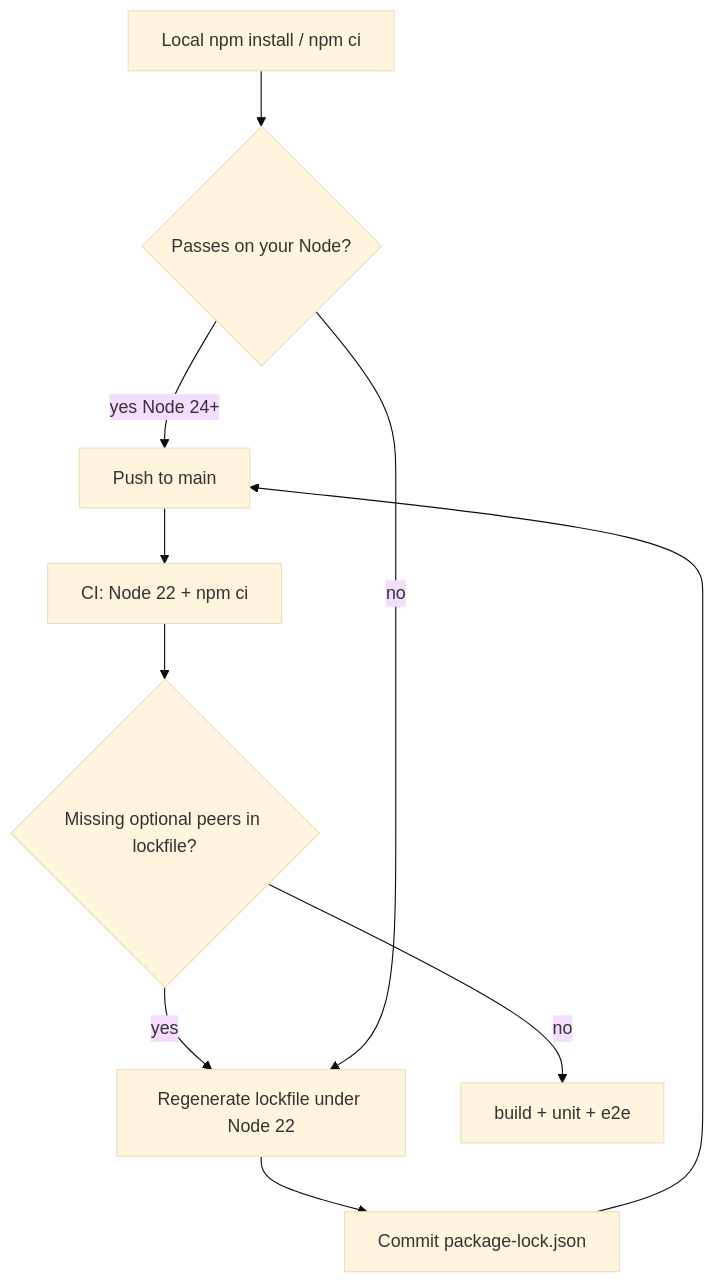
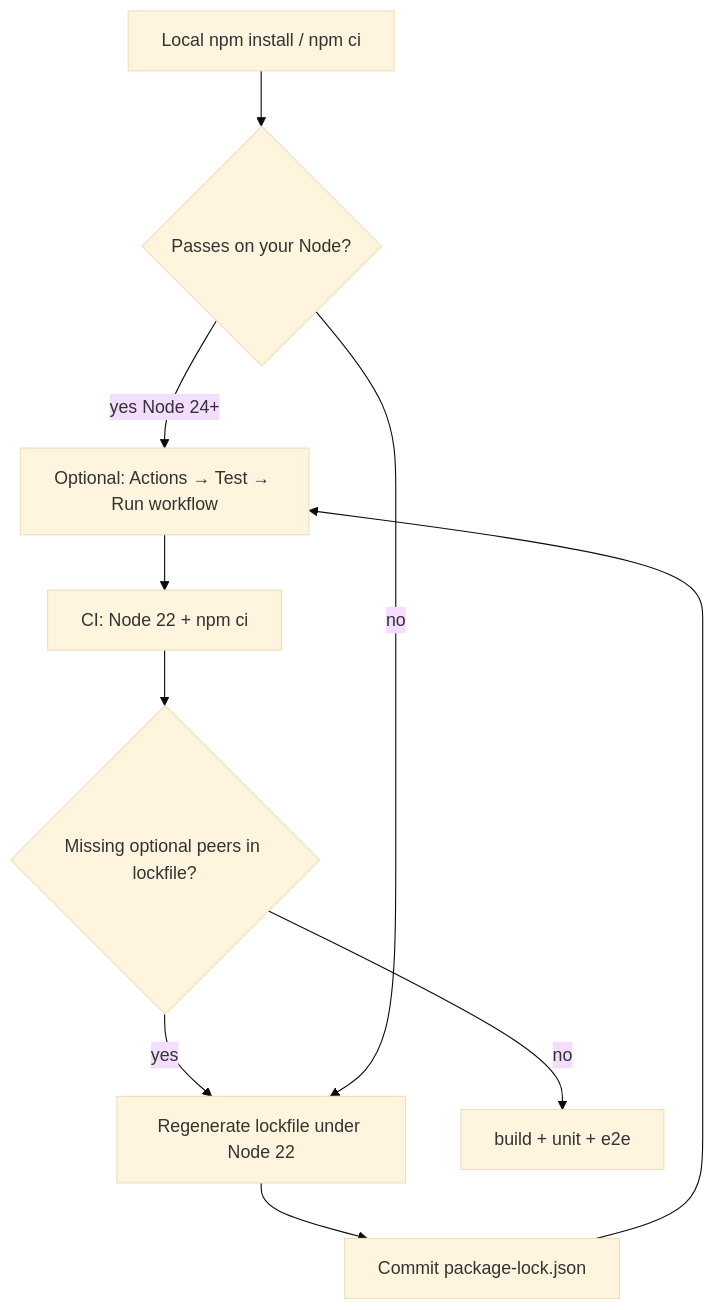
Before and after one commit to daledesilva/obsidian_ink: the first of 2 diagrams in docs/development.md, drawn with Mermaid (base theme). The commit also changed other lines of this file and 1 other file, not shown here.

Commit message:
updated: Made the Test workflow manual-only so pushes and PRs to main no longer start unit or e2e in Actions. Documented that release workflows stay build-only and local runs remain the default.

````diff
--- a/docs/development.md
+++ b/docs/development.md
@@ -63,12 +65,12 @@
 ```mermaid
 flowchart TD
   localInstall["Local npm install / npm ci"] --> localOk{"Passes on your Node?"}
-  localOk -->|yes Node 24+| pushMain["Push to main"]
-  pushMain --> ciNpmCi["CI: Node 22 + npm ci"]
+  localOk -->|yes Node 24+| optionalCi["Optional: Actions → Test → Run workflow"]
+  optionalCi --> ciNpmCi["CI: Node 22 + npm ci"]
   ciNpmCi --> ciFail{"Missing optional peers in lockfile?"}
   ciFail -->|yes| regen["Regenerate lockfile under Node 22"]
   regen --> commitLock["Commit package-lock.json"]
-  commitLock --> pushMain
+  commitLock --> optionalCi
   ciFail -->|no| tests["build + unit + e2e"]
   localOk -->|no| regen
 ```
````
